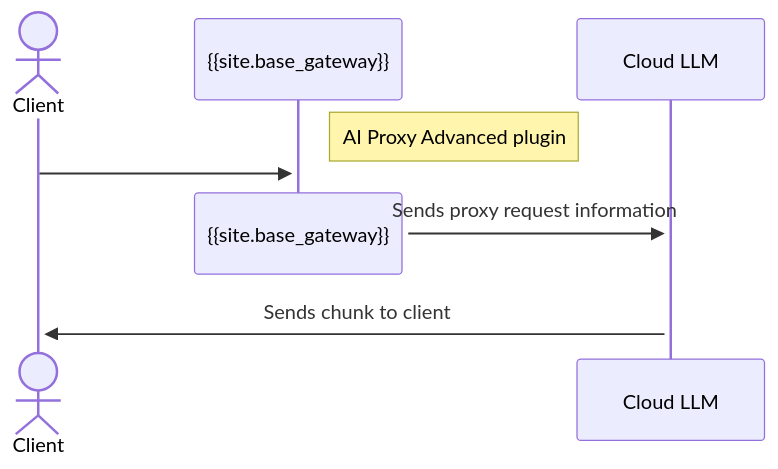
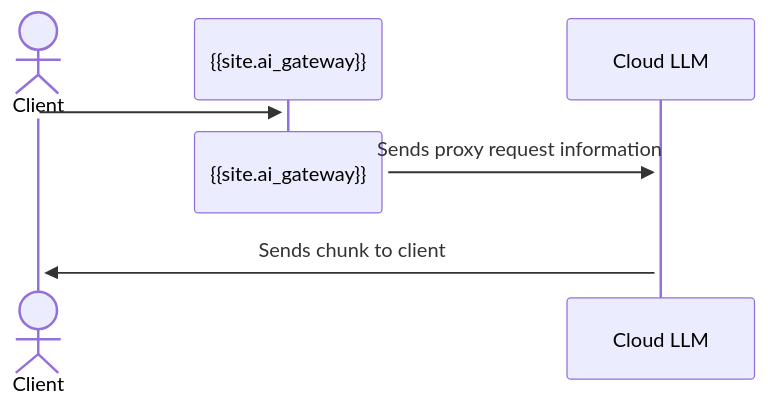
Before and after one commit to Kong/developer.konghq.com: the first of 2 diagrams in app/ai-gateway/streaming.md, drawn with Mermaid. The commit also changed other lines of this file, not shown here.

```diff
--- a/app/ai-gateway/streaming.md
+++ b/app/ai-gateway/streaming.md
@@ -67,10 +61,9 @@
 {% mermaid %}
 sequenceDiagram
   actor Client
-  participant {{site.base_gateway}}
-  Note right of {{site.base_gateway}}: AI Proxy Advanced plugin
-  Client->>+{{site.base_gateway}}:
-  destroy {{site.base_gateway}}
-  {{site.base_gateway}}->>+Cloud LLM: Sends proxy request information
+  participant {{site.ai_gateway}}
+  Client->>+{{site.ai_gateway}}:
+  destroy {{site.ai_gateway}}
+  {{site.ai_gateway}}->>+Cloud LLM: Sends proxy request information
   Cloud LLM->>+Client: Sends chunk to client
 {% endmermaid %}
```
